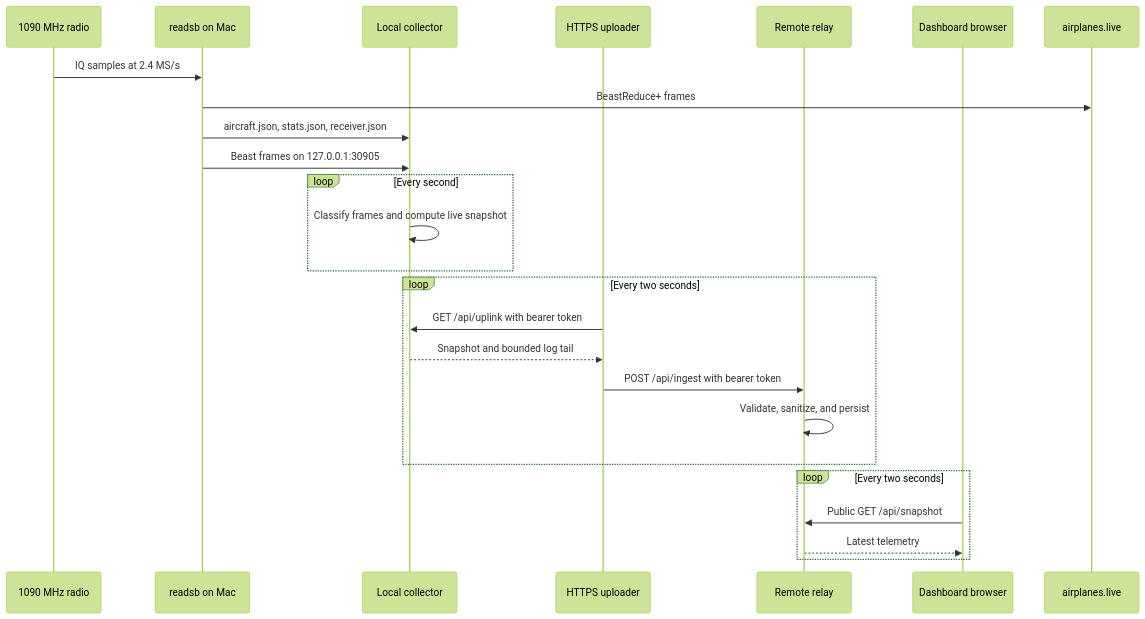
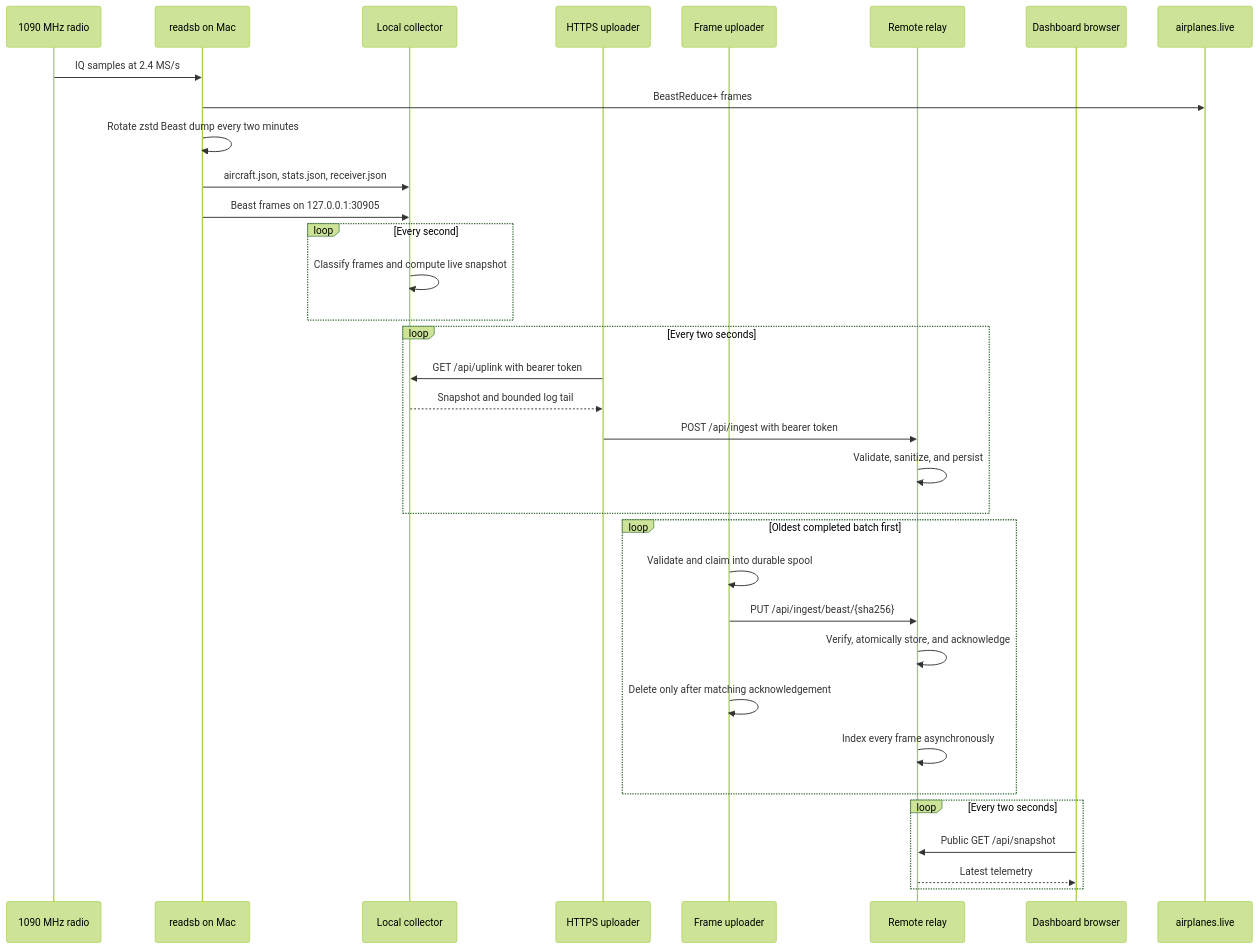
Before and after one commit to ramideltoro/antenna_observatory: the first of 3 diagrams in wiki-site/docs/data-pipeline.md, drawn with Mermaid (forest theme). The commit also changed other lines of this file and 16 other files, not shown here.

Commit message:
feat: archive decoded Beast frames on backend (#13)

````diff
--- a/wiki-site/docs/data-pipeline.md
+++ b/wiki-site/docs/data-pipeline.md
@@ -5,28 +5,37 @@
 ```mermaid
 sequenceDiagram
     participant Radio as 1090 MHz radio
     participant Readsb as readsb on Mac
     participant Collector as Local collector
     participant Uploader as HTTPS uploader
+    participant Frames as Frame uploader
     participant Relay as Remote relay
     participant Browser as Dashboard browser
     participant AL as airplanes.live
 
     Radio->>Readsb: IQ samples at 2.4 MS/s
     Readsb->>AL: BeastReduce+ frames
+    Readsb->>Readsb: Rotate zstd Beast dump every two minutes
     Readsb->>Collector: aircraft.json, stats.json, receiver.json
     Readsb->>Collector: Beast frames on 127.0.0.1:30905
     loop Every second
       Collector->>Collector: Classify frames and compute live snapshot
     end
     loop Every two seconds
       Uploader->>Collector: GET /api/uplink with bearer token
       Collector-->>Uploader: Snapshot and bounded log tail
       Uploader->>Relay: POST /api/ingest with bearer token
       Relay->>Relay: Validate, sanitize, and persist
     end
+    loop Oldest completed batch first
+      Frames->>Frames: Validate and claim into durable spool
+      Frames->>Relay: PUT /api/ingest/beast/{sha256}
+      Relay->>Relay: Verify, atomically store, and acknowledge
+      Frames->>Frames: Delete only after matching acknowledgement
+      Relay->>Relay: Index every frame asynchronously
+    end
     loop Every two seconds
       Browser->>Relay: Public GET /api/snapshot
       Relay-->>Browser: Latest telemetry
     end
 ```
````
